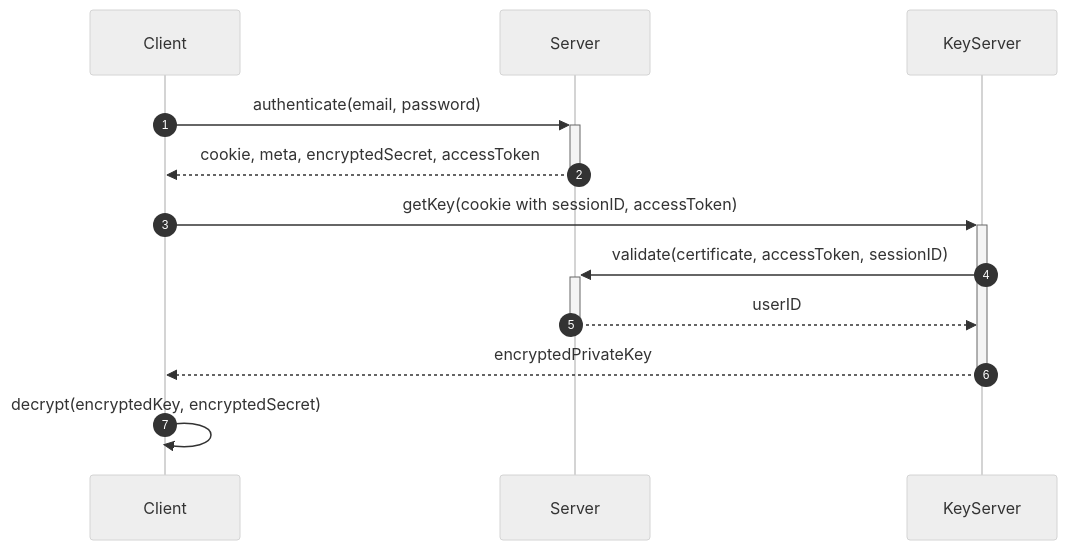
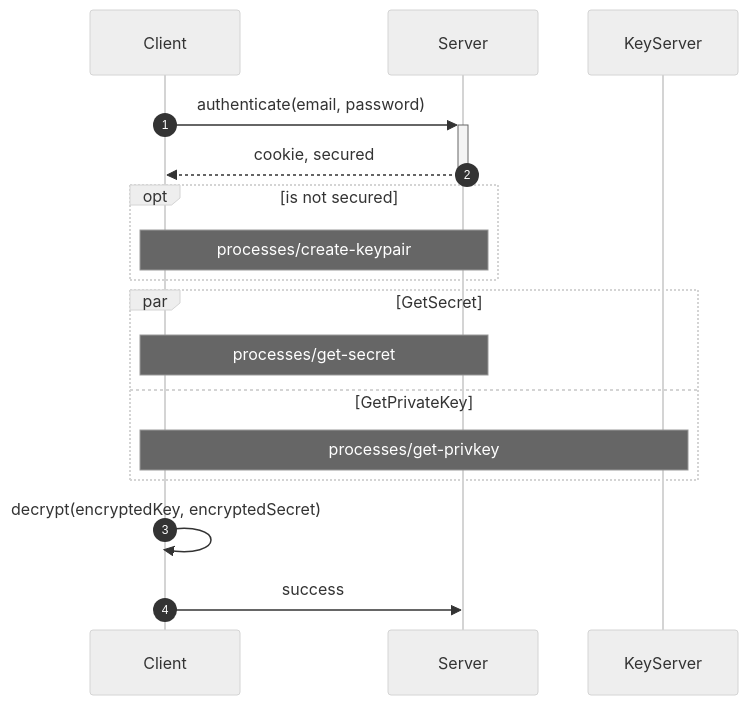
Before and after one commit to insight-out/security-concept: the diagram in docs/contents/usecases/login.rst, drawn with Mermaid (neutral theme). The commit also changed other lines of this file and 10 other files, not shown here.

```diff
--- a/docs/contents/usecases/login.rst
+++ b/docs/contents/usecases/login.rst
@@ -5,11 +5,16 @@
 .. mermaid::
 
     sequenceDiagram;
         autonumber
         Client->>+Server: authenticate(email, password)
-        Server-->>-Client: cookie, meta, encryptedSecret, accessToken
-        Client->>+KeyServer: getKey(cookie with sessionID, accessToken)
-        KeyServer->>+Server: validate(certificate, accessToken, sessionID)
-        Server-->>-KeyServer: userID
-        KeyServer-->>-Client: encryptedPrivateKey
+        Server-->>-Client: cookie, secured
+        opt is not secured
+        Note over Client,Server: processes/create-keypair
+        end
+        par GetSecret
+        Note over Client,Server: processes/get-secret
+        and GetPrivateKey
+        Note over Client,KeyServer: processes/get-privkey
+        end
         Client->>Client: decrypt(encryptedKey, encryptedSecret)
+        Client->>Server: success
```
